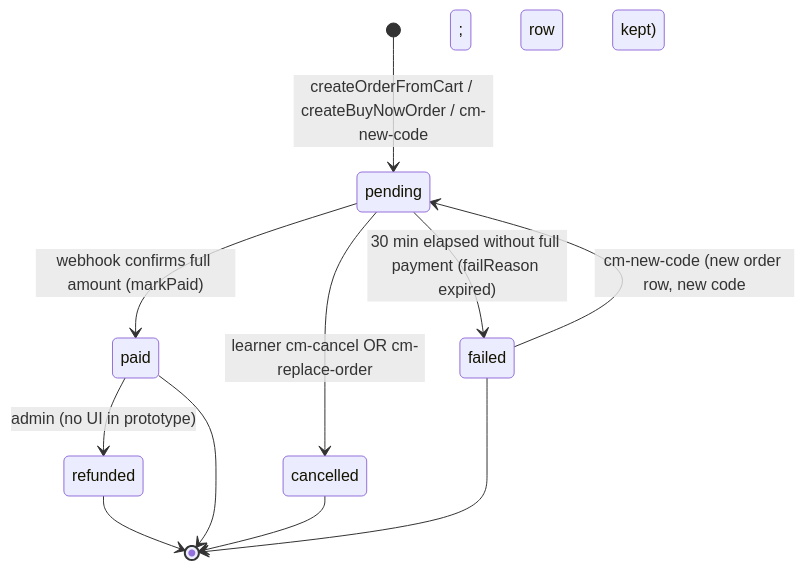
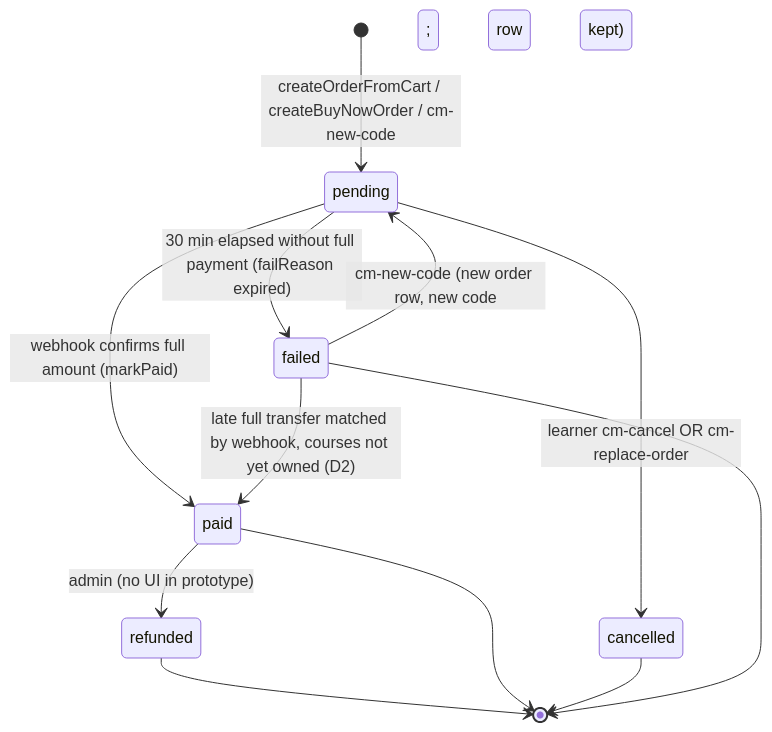
The fourth of 23 diagrams in docs/mockup/STATE-MACHINES.md (blu1606/Codi), drawn with Mermaid before and after one commit. The commit also changed other lines of this file and 2 other files, not shown here.

````diff
--- a/docs/mockup/STATE-MACHINES.md
+++ b/docs/mockup/STATE-MACHINES.md
@@ -202,13 +202,14 @@
 ```mermaid
 stateDiagram-v2
     [*] --> pending: createOrderFromCart / createBuyNowOrder / cm-new-code
     pending --> paid: webhook confirms full amount (markPaid)
     pending --> failed: 30 min elapsed without full payment (failReason expired)
     pending --> cancelled: learner cm-cancel OR cm-replace-order
     failed --> pending: cm-new-code (new order row, new code; failed row kept)
+    failed --> paid: late full transfer matched by webhook, courses not yet owned (D2)
     paid --> refunded: admin (no UI in prototype)
     refunded --> [*]
     paid --> [*]
     cancelled --> [*]
     failed --> [*]
 ```
````
